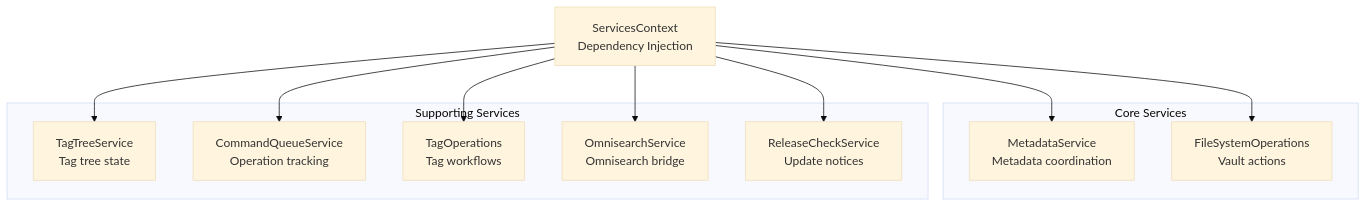
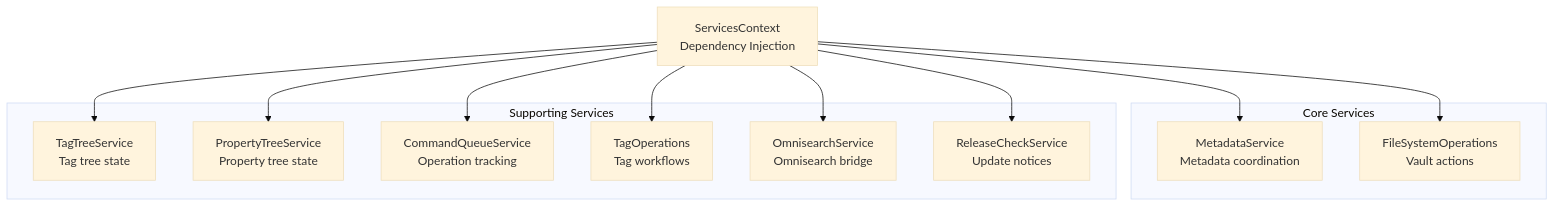
One commit to vroablec/notebook-navigator changed the first of 4 diagrams in docs/service-architecture.md. Above: the diagram before and after it, drawn with Mermaid (base theme). The commit also changed other lines of this file and 5 other files, not shown here.

````diff
--- a/docs/service-architecture.md
+++ b/docs/service-architecture.md
@@ -65,25 +66,27 @@
 ```mermaid
 graph TB
     ServicesContext["ServicesContext<br/>Dependency Injection"]
 
     subgraph "Core Services"
         MetadataService["MetadataService<br/>Metadata coordination"]
         FileSystemOperations["FileSystemOperations<br/>Vault actions"]
     end
 
     subgraph "Supporting Services"
         TagTreeService["TagTreeService<br/>Tag tree state"]
+        PropertyTreeService["PropertyTreeService<br/>Property tree state"]
         CommandQueue["CommandQueueService<br/>Operation tracking"]
         TagOperations["TagOperations<br/>Tag workflows"]
         Omnisearch["OmnisearchService<br/>Omnisearch bridge"]
         ReleaseCheck["ReleaseCheckService<br/>Update notices"]
     end
 
     ServicesContext --> MetadataService
     ServicesContext --> FileSystemOperations
     ServicesContext --> TagTreeService
+    ServicesContext --> PropertyTreeService
     ServicesContext --> CommandQueue
     ServicesContext --> TagOperations
     ServicesContext --> Omnisearch
     ServicesContext --> ReleaseCheck
 ```
````
